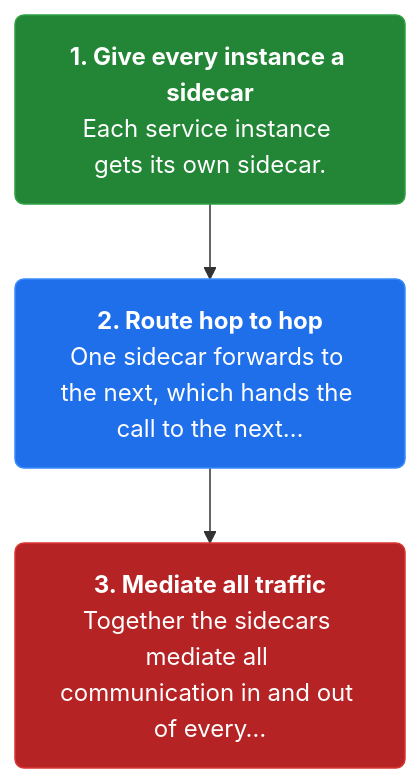
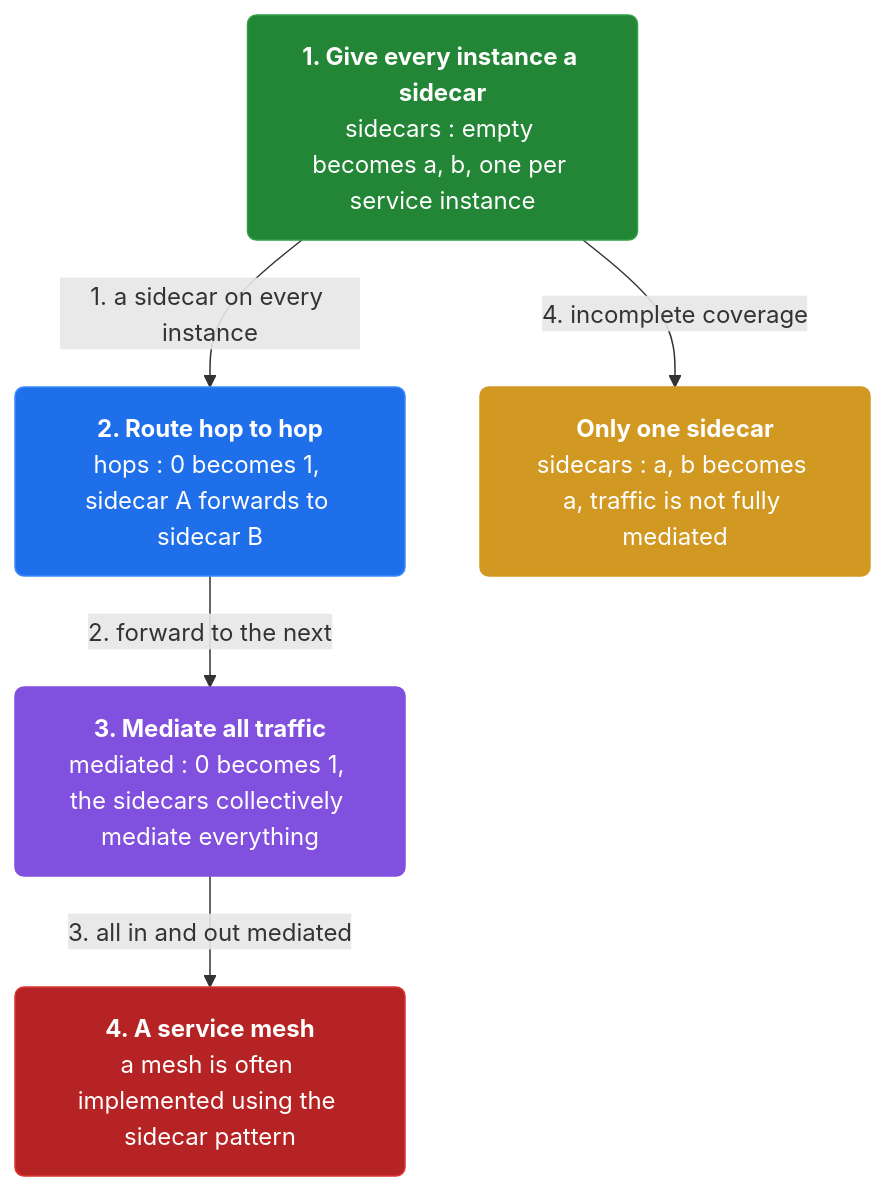
The fourth of 4 diagrams in docs/ch42-sidecar.md (vinayakuber/microservices-io-study-guide), drawn with Mermaid before and after one commit. The commit also changed other lines of this file and 46 other files, not shown here.

First line of the commit message:
Author rich branching flow diagrams for all 44 chapters

````diff
--- a/docs/ch42-sidecar.md
+++ b/docs/ch42-sidecar.md
@@ -124,11 +142,17 @@
 ```mermaid
 flowchart TD
-  classDef step fill:#1f6feb,color:#ffffff,stroke:#388bfd,stroke-width:1px,rx:6
+  classDef step fill:#1f6feb,color:#ffffff,stroke:#388bfd,rx:6
+  classDef core fill:#8250df,color:#ffffff,stroke:#8250df,rx:6
+  classDef warn fill:#d29922,color:#ffffff,stroke:#d29922,rx:6
   classDef start fill:#238636,color:#ffffff,stroke:#2ea043,rx:6
   classDef stop fill:#b62324,color:#ffffff,stroke:#da3633,rx:6
-  s3n0["<b>1. Give every instance a sidecar</b><br/>Each service instance gets its own sidecar."]:::start
-  s3n1["<b>2. Route hop to hop</b><br/>One sidecar forwards to the next, which hands the call to the next…"]:::step
-  s3n2["<b>3. Mediate all traffic</b><br/>Together the sidecars mediate all communication in and out of every…"]:::stop
-  s3n0 --> s3n1
-  s3n1 --> s3n2
+  n0["<b>1. Give every instance a sidecar</b><br/>sidecars : empty becomes a, b, one per service instance"]:::start
+  n1["<b>2. Route hop to hop</b><br/>hops : 0 becomes 1, sidecar A forwards to sidecar B"]:::step
+  n2["<b>3. Mediate all traffic</b><br/>mediated : 0 becomes 1, the sidecars collectively mediate everything"]:::core
+  n3["<b>4. A service mesh</b><br/>a mesh is often implemented using the sidecar pattern"]:::stop
+  n4["<b>Only one sidecar</b><br/>sidecars : a, b becomes a, traffic is not fully mediated"]:::warn
+  n0 -->|"1. a sidecar on every instance"| n1
+  n1 -->|"2. forward to the next"| n2
+  n2 -->|"3. all in and out mediated"| n3
+  n0 -->|"4. incomplete coverage"| n4
 ```
````
